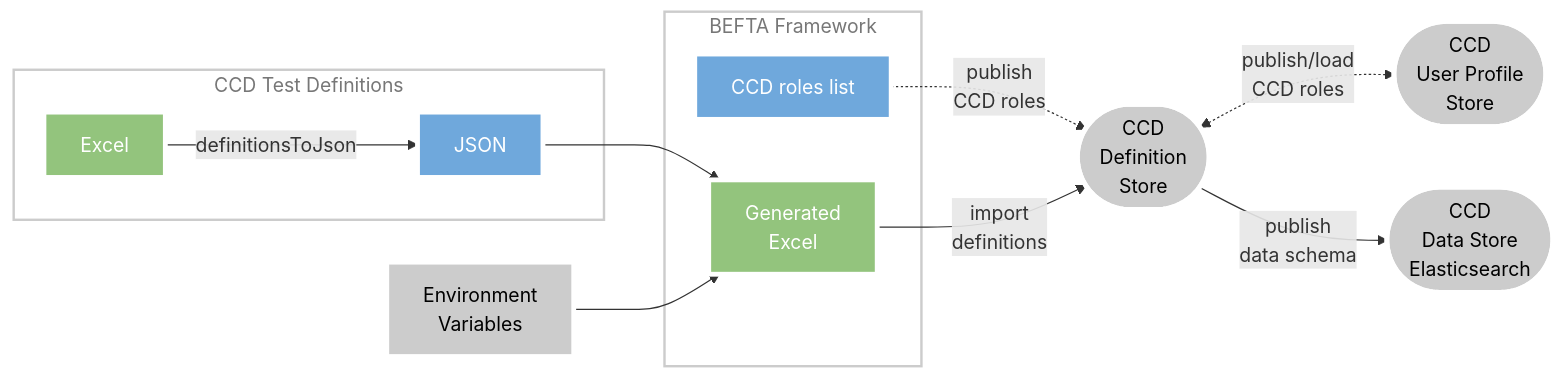
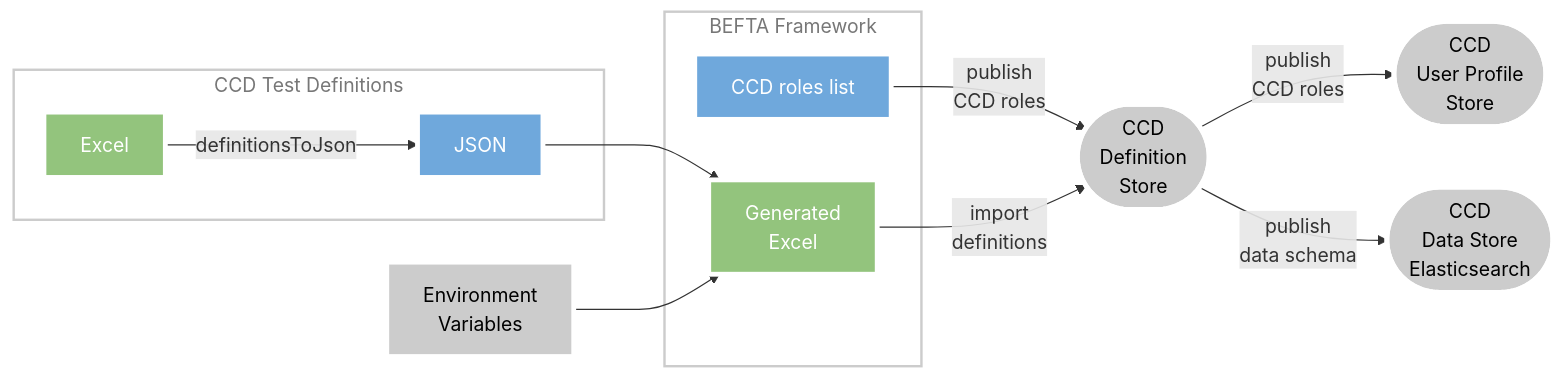
Before and after one commit to hmcts/ccd-test-definitions: the diagram in README.md, drawn with Mermaid. The commit also changed other lines of this file, not shown here.

Commit message:
Update README
Adjust diagram of BEFTA's definition file generate and import process.

````diff
--- a/README.md
+++ b/README.md
@@ -27,30 +27,30 @@
 ```mermaid
 graph LR
   env-var[Environment<br>Variables];
   def-store([CCD<BR>Definition<BR>Store]);
   user-profile-store([CCD<BR>User Profile<BR>Store]);
   elasticsearch([CCD<BR>Data Store<BR>Elasticsearch]);
   json-->excel-generated;
   env-var-->excel-generated;
-  ccd-roles-list-.->|publish<BR>CCD roles|def-store
-  excel-generated-->|import<BR>definitions|def-store
-  def-store<-.->|publish/load<BR>CCD roles|user-profile-store
-  def-store-->|publish<BR>data schema|elasticsearch
+  ccd-roles-list-->|publish<BR>CCD roles|def-store;
+  excel-generated-->|import<BR>definitions|def-store;
+  def-store-->|publish<BR>CCD roles|user-profile-store;
+  def-store-->|publish<BR>data schema|elasticsearch;
   subgraph test-definitions[CCD Test Definitions]
     excel[Excel];
     json[JSON];
     excel-->|definitionsToJson|json;
   end
   subgraph befta-fw[BEFTA Framework]
-    ccd-roles-list[CCD roles list]
+    ccd-roles-list[CCD roles list];
     excel-generated[Generated<br>Excel];
   end
   classDef plain fill:#ccc,stroke:#fff,stroke-width:4px,color:#000;
   classDef excel fill:#93c47d,stroke:#fff,stroke-width:4px,color:#fff;
   classDef json fill:#6fa8dc,stroke:#fff,stroke-width:4px,color:#fff;
   classDef library fill:#fff,stroke:#ccc,stroke-width:2px,color:#777;
   class def-store,user-profile-store,elasticsearch,env-var plain;
   class excel,excel-generated excel;
   class json,ccd-roles-list json;
   class test-definitions,functional-test,befta-fw library;
 ```
````
